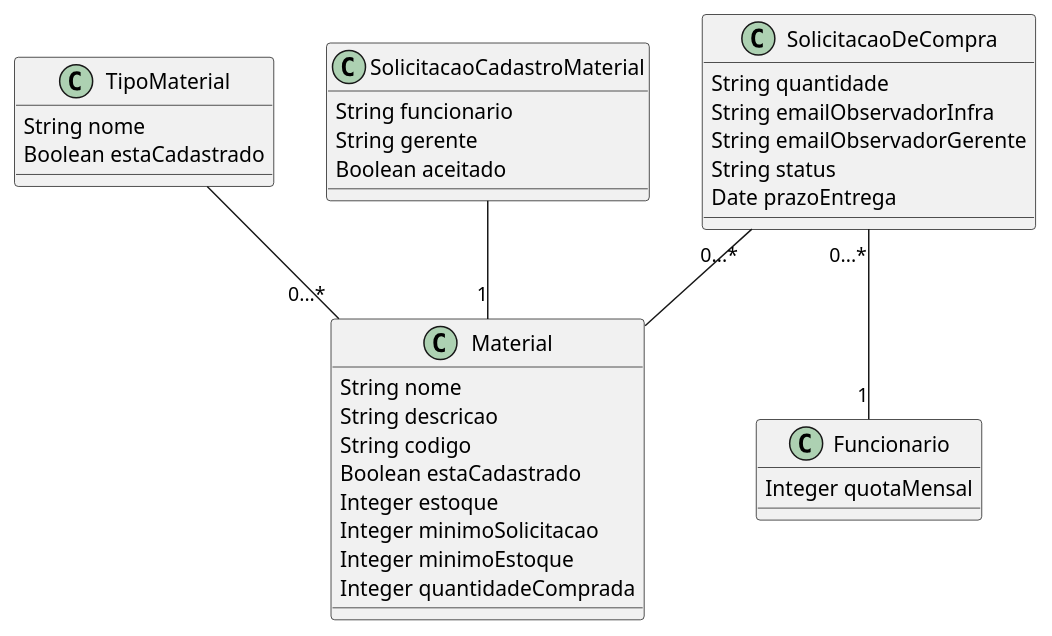
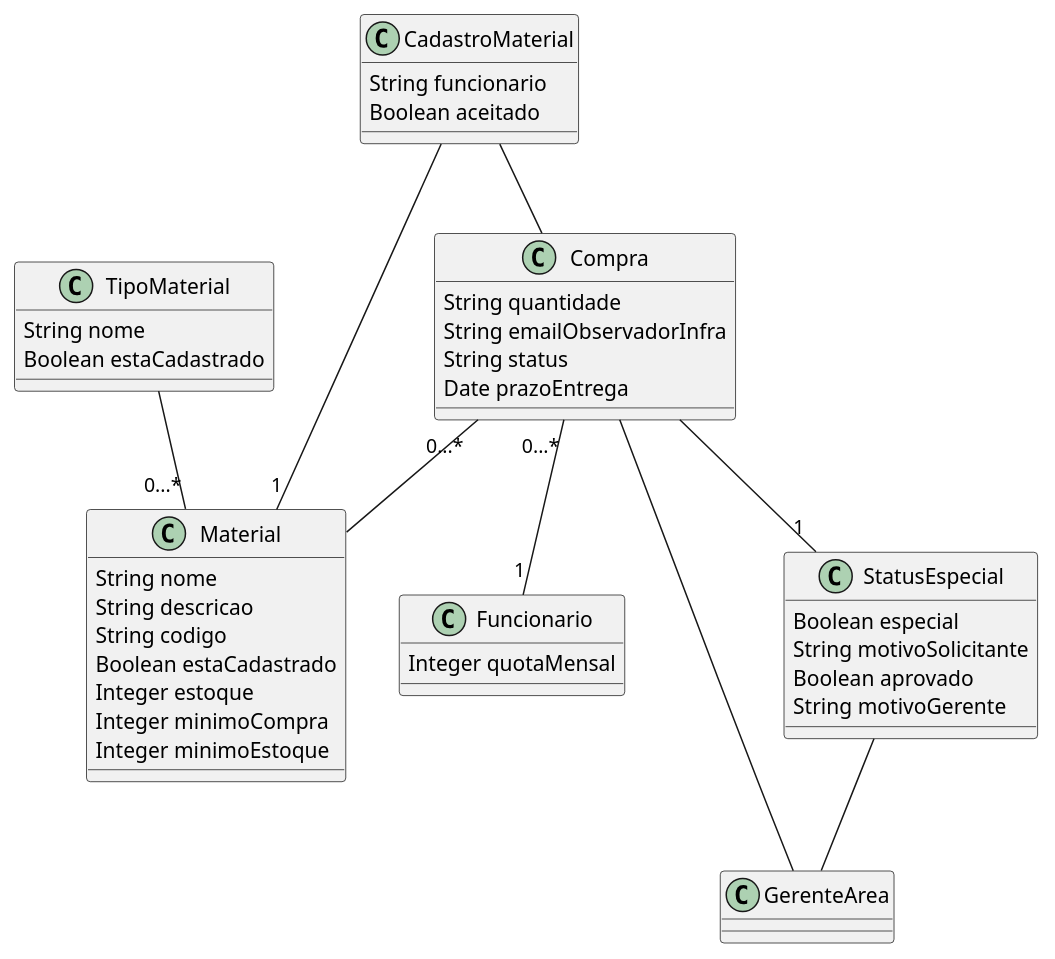
One commit to julianofnascimento/mba-diagrama-classes changed the diagram in entrega-230814/tarefa.puml. Above: the diagram before and after it, drawn with PlantUML. The commit also changed other lines of this file, not shown here.

Commit message:
status especial UC4

```diff
--- a/entrega-230814/tarefa.puml
+++ b/entrega-230814/tarefa.puml
@@ -4,43 +8,60 @@
 @startuml
 'https://plantuml.com/class-diagram
 
-SolicitacaoDeCompra "0...*" -- Material
+Compra "0...*" -- Material
 TipoMaterial -- "0...*" Material
-SolicitacaoCadastroMaterial -- "1" Material
-SolicitacaoDeCompra "0...*"-- "1" Funcionario
+CadastroMaterial -- "1" Material
+CadastroMaterial -- Compra
+Compra "0...*"-- "1" Funcionario
+Compra -- GerenteArea
+Compra -- "1" StatusEspecial
+StatusEspecial -- GerenteArea
 
 class TipoMaterial {
     String nome
     Boolean estaCadastrado
 }
 
 class Material {
     String nome
     String descricao
     String codigo
     Boolean estaCadastrado
     Integer estoque
-    Integer minimoSolicitacao
+    Integer minimoCompra
     Integer minimoEstoque
-    Integer quantidadeComprada
 }
+
+
 
 class Funcionario {
     Integer quotaMensal
 }
 
-class SolicitacaoCadastroMaterial {
+class GerenteArea {
+
+}
+
+
+class CadastroMaterial {
     String funcionario
-    String gerente
     Boolean aceitado
 }
 
-class SolicitacaoDeCompra {
+
+class StatusEspecial {
+    Boolean especial
+    String motivoSolicitante
+    Boolean aprovado
+    String motivoGerente
+
+}
+
+class Compra {
     String quantidade
     String emailObservadorInfra
-    String emailObservadorGerente
     String status
     Date prazoEntrega
 }
 
 @enduml
```
